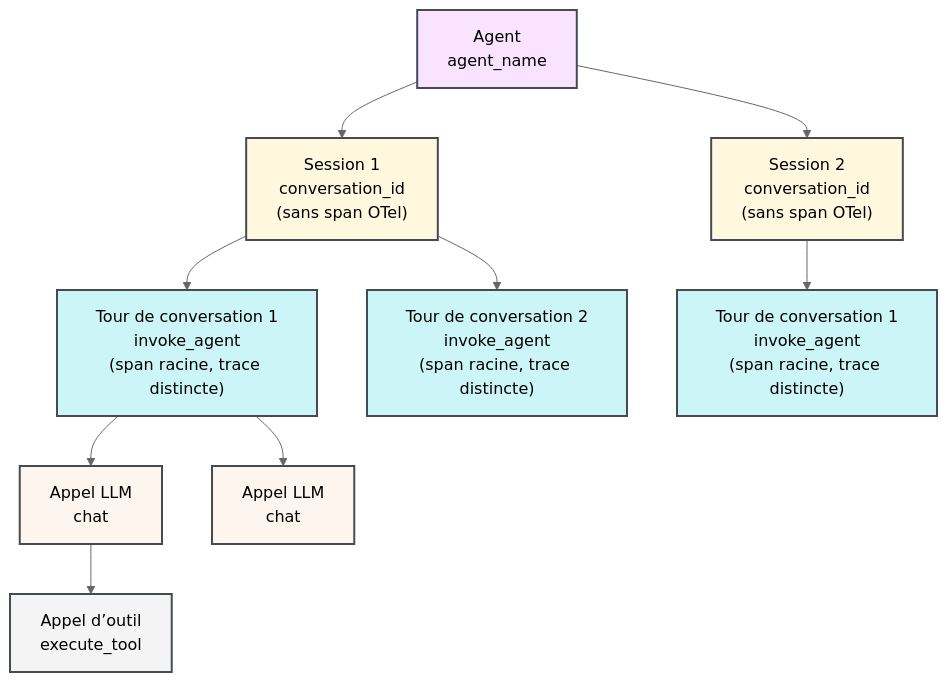
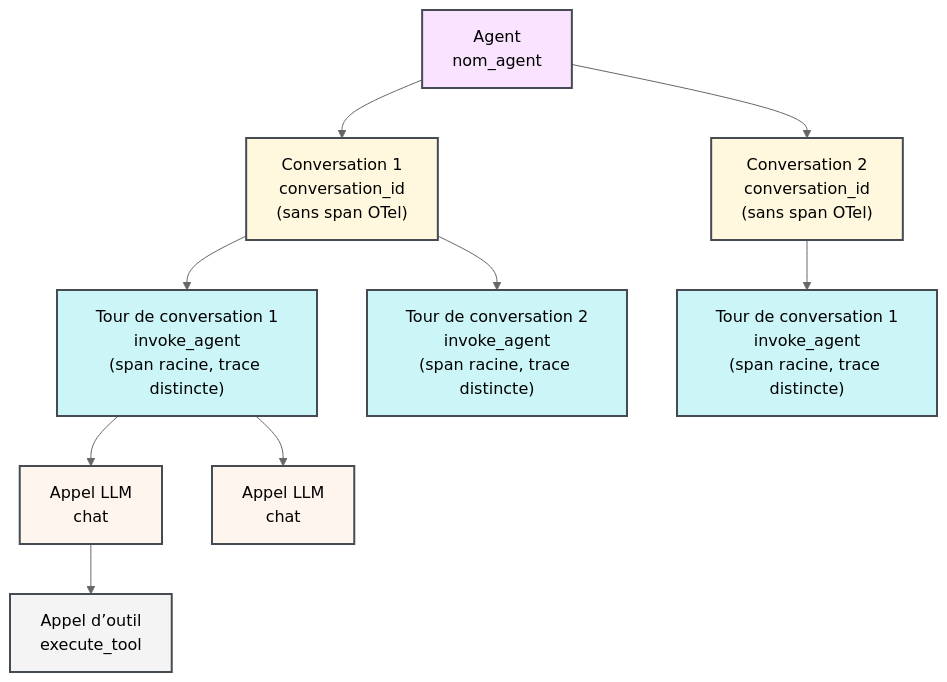
One commit to wandb/docs changed the diagram in fr/weave/guides/tracking/trace-agents.mdx. Above: the diagram before and after it, drawn with Mermaid (neutral theme). The commit also changed other lines of this file and 361 other files, not shown here.

````diff
--- a/fr/weave/guides/tracking/trace-agents.mdx
+++ b/fr/weave/guides/tracking/trace-agents.mdx
@@ -77,34 +77,34 @@
 ```mermaid
 flowchart TB
-    Agent["Agent<br/>agent_name"]
+    Agent["Agent<br/>nom_agent"]
 
     Agent --> S1 & S2
 
-    S1["Session 1<br/>conversation_id<br/>(sans span OTel)"]
-    S2["Session 2<br/>conversation_id<br/>(sans span OTel)"]
+    S1["Conversation 1<br/>conversation_id<br/>(sans span OTel)"]
+    S2["Conversation 2<br/>conversation_id<br/>(sans span OTel)"]
 
     S1 --> T1 & T2
     S2 --> T3
 
     T1["Tour de conversation 1<br/>invoke_agent<br/>(span racine, trace distincte)"]
     T2["Tour de conversation 2<br/>invoke_agent<br/>(span racine, trace distincte)"]
     T3["Tour de conversation 1<br/>invoke_agent<br/>(span racine, trace distincte)"]
 
     T1 --> L1 & L2
     L1["Appel LLM<br/>chat"]
     L2["Appel LLM<br/>chat"]
 
     L1 --> Tool1["Appel d’outil<br/>execute_tool"]
 
     classDef agent fill:#DE72FF33,stroke:#454B52,stroke-width:2px
-    classDef session fill:#FFD95C33,stroke:#454B52,stroke-width:2px
+    classDef conversation fill:#FFD95C33,stroke:#454B52,stroke-width:2px
     classDef turn fill:#00CDDB33,stroke:#454B52,stroke-width:2px
     classDef llm fill:#FFCBAD33,stroke:#454B52,stroke-width:2px
     classDef tool fill:#f4f4f5,stroke:#454B52,stroke-width:2px
 
     class Agent agent
-    class S1,S2 session
+    class S1,S2 conversation
     class T1,T2,T3 turn
     class L1,L2 llm
     class Tool1 tool
 ```
````
